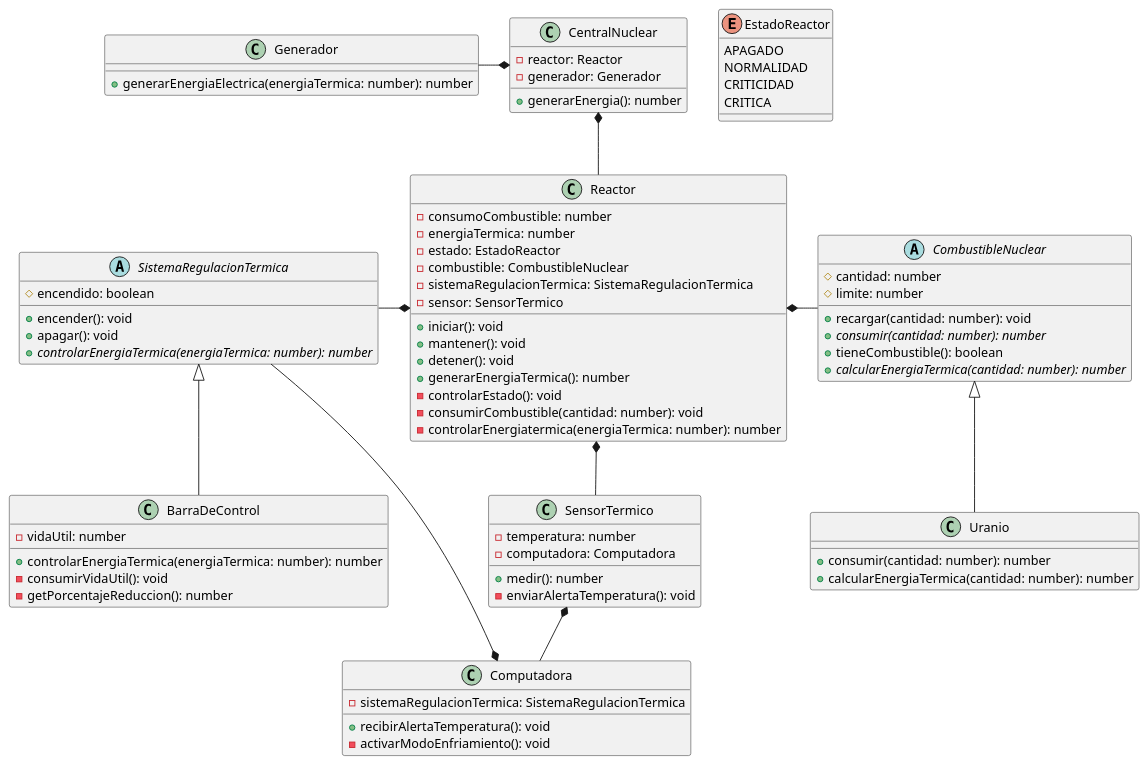
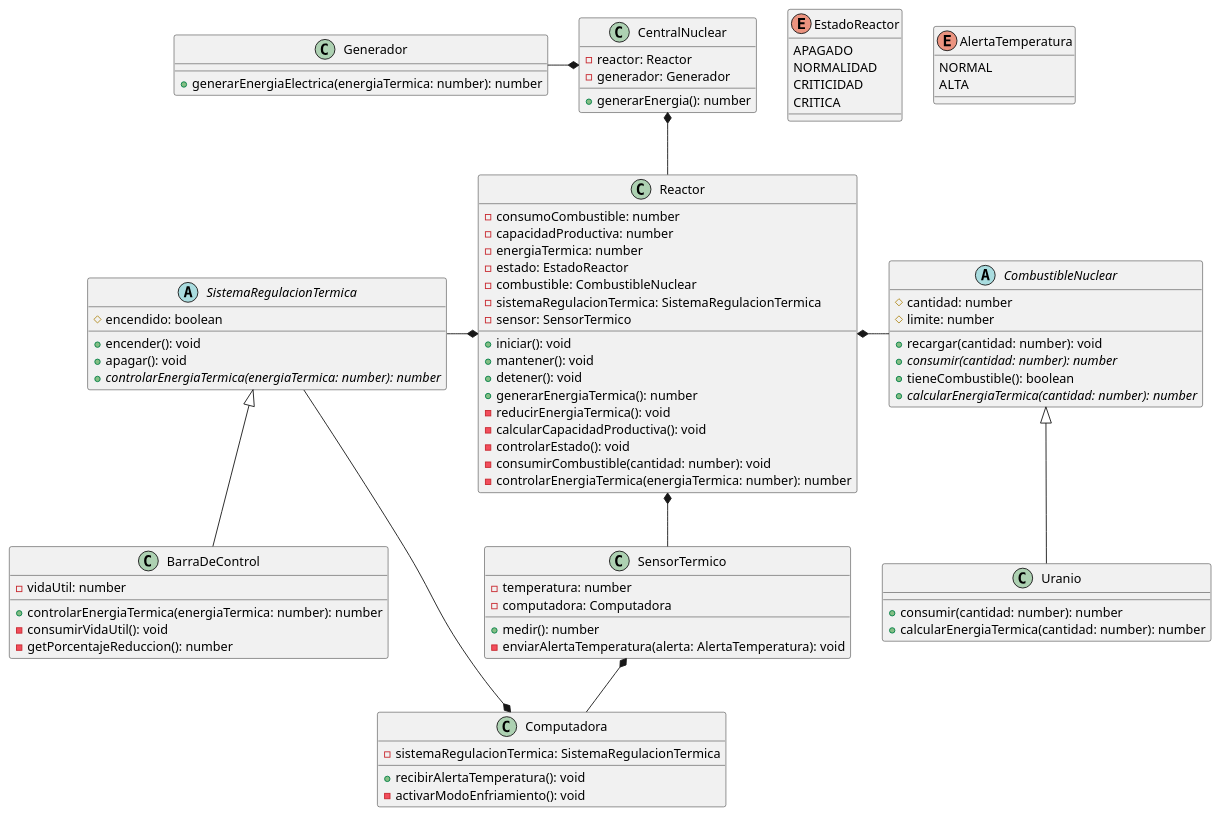
The diagram in Diagramas/Diagramas_de_clases/DiagramaReactor.puml (Xr60031/Laboratorio_3_Trabajo_Practico_Reactor_Nuclear), drawn with PlantUML before and after one commit.

Commit message:
Modifica DiagramaReactor

```diff
--- a/Diagramas/Diagramas_de_clases/DiagramaReactor.puml
+++ b/Diagramas/Diagramas_de_clases/DiagramaReactor.puml
@@ -1,96 +1,104 @@
 @startuml DiagramaReactor
 
 enum EstadoReactor {
   	APAGADO
   	NORMALIDAD
   	CRITICIDAD
   	CRITICA
+}
+
+enum AlertaTemperatura {
+	NORMAL
+	ALTA
 }
 
 abstract class CombustibleNuclear {
   	# cantidad: number
   	# limite: number
 
   	+ recargar(cantidad: number): void
   	+ {abstract} consumir(cantidad: number): number
   	+ tieneCombustible(): boolean
   	+ {abstract} calcularEnergiaTermica(cantidad: number): number
 }
 
 class Uranio extends CombustibleNuclear {
   	+ consumir(cantidad: number): number
   	+ calcularEnergiaTermica(cantidad: number): number
 }
 
 abstract class SistemaRegulacionTermica {
     # encendido: boolean
 
     + encender(): void
     + apagar(): void
     + {abstract} controlarEnergiaTermica(energiaTermica: number): number
 }
 
 class BarraDeControl extends SistemaRegulacionTermica {
     - vidaUtil: number
 
     + controlarEnergiaTermica(energiaTermica: number): number
 	- consumirVidaUtil(): void
     - getPorcentajeReduccion(): number
 }
 
 class SensorTermico {
 	- temperatura: number
 	- computadora: Computadora
 
   	+ medir(): number
-	- enviarAlertaTemperatura(): void
+	- enviarAlertaTemperatura(alerta: AlertaTemperatura): void
 }
 
 class Computadora {
   	- sistemaRegulacionTermica: SistemaRegulacionTermica
 
   	+ recibirAlertaTemperatura(): void
   	- activarModoEnfriamiento(): void
 }
 
 class Reactor {
 	- consumoCombustible: number
+	- capacidadProductiva: number
 	- energiaTermica: number
 	- estado: EstadoReactor
 	- combustible: CombustibleNuclear
 	- sistemaRegulacionTermica: SistemaRegulacionTermica
 	- sensor: SensorTermico
 
 	+ iniciar(): void
 	+ mantener(): void
 	+ detener(): void
 	+ generarEnergiaTermica(): number
+	- reducirEnergiaTermica(): void
+	- calcularCapacidadProductiva(): void
 	- controlarEstado(): void
 	- consumirCombustible(cantidad: number): void
-	- controlarEnergiatermica(energiaTermica: number): number
+	- controlarEnergiaTermica(energiaTermica: number): number
 }
 
 class Generador {
 	+ generarEnergiaElectrica(energiaTermica: number): number
 }
 
 class CentralNuclear {
 	- reactor: Reactor
 	- generador: Generador
 
 	+ generarEnergia(): number
 }
 
 ' relaciones
 
 Reactor *-r- CombustibleNuclear
 Reactor *-- SensorTermico
 Reactor *-l- SistemaRegulacionTermica
 
 Computadora *-l- SistemaRegulacionTermica
 SensorTermico *-- Computadora
 
 CentralNuclear *-- Reactor
 CentralNuclear *-l- Generador
 
 @enduml
```
